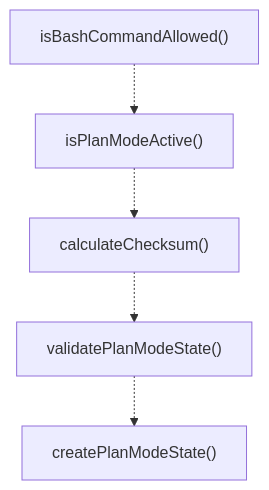
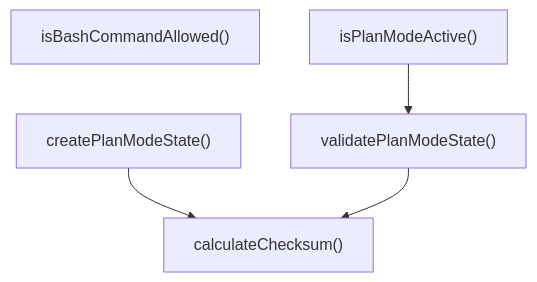
Before and after one commit to Mekann2904/mekann: the second of 3 diagrams in ABDD/.pi/lib/plan-mode-shared.md, drawn with Mermaid. The commit also changed other lines of this file and 277 other files, not shown here.

````diff
--- a/ABDD/.pi/lib/plan-mode-shared.md
+++ b/ABDD/.pi/lib/plan-mode-shared.md
@@ -51,12 +51,11 @@
 ```mermaid
 flowchart TD
+  calculateChecksum["calculateChecksum()"]
+  createPlanModeState["createPlanModeState()"]
   isBashCommandAllowed["isBashCommandAllowed()"]
   isPlanModeActive["isPlanModeActive()"]
-  calculateChecksum["calculateChecksum()"]
   validatePlanModeState["validatePlanModeState()"]
-  createPlanModeState["createPlanModeState()"]
-  isBashCommandAllowed -.-> isPlanModeActive
-  isPlanModeActive -.-> calculateChecksum
-  calculateChecksum -.-> validatePlanModeState
-  validatePlanModeState -.-> createPlanModeState
+  createPlanModeState --> calculateChecksum
+  isPlanModeActive --> validatePlanModeState
+  validatePlanModeState --> calculateChecksum
 ```
````
